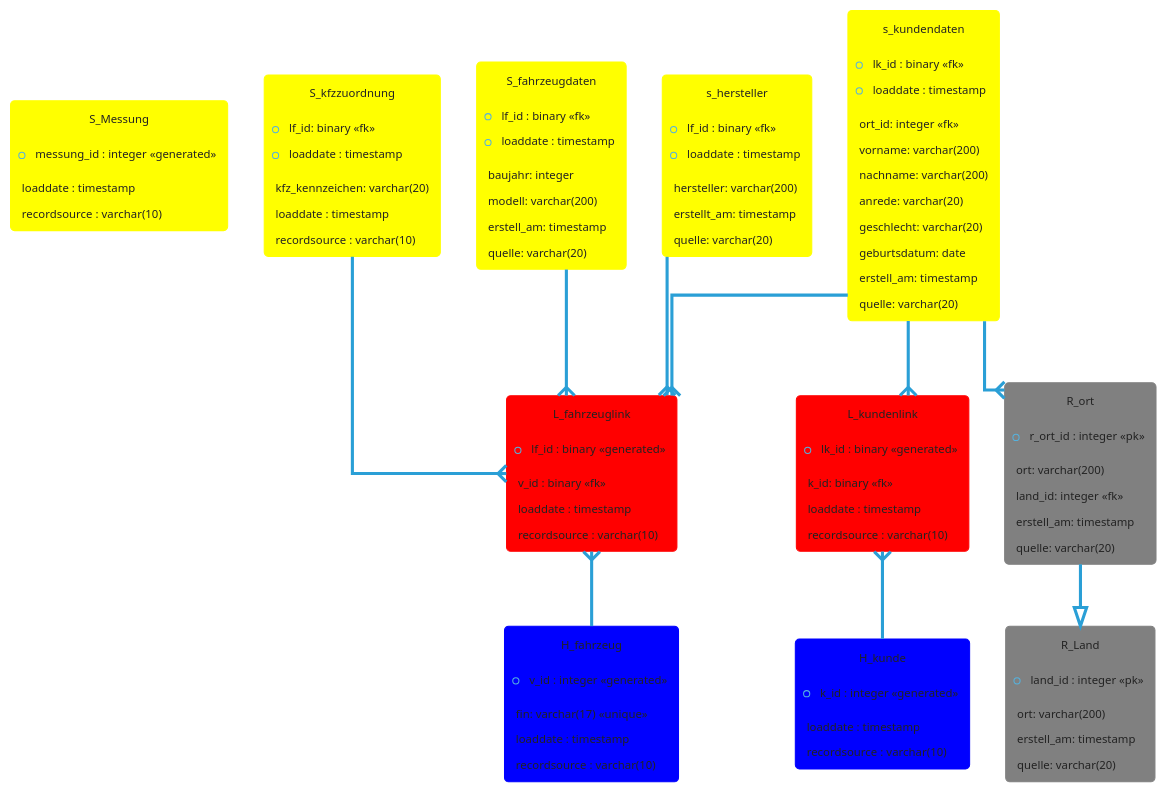
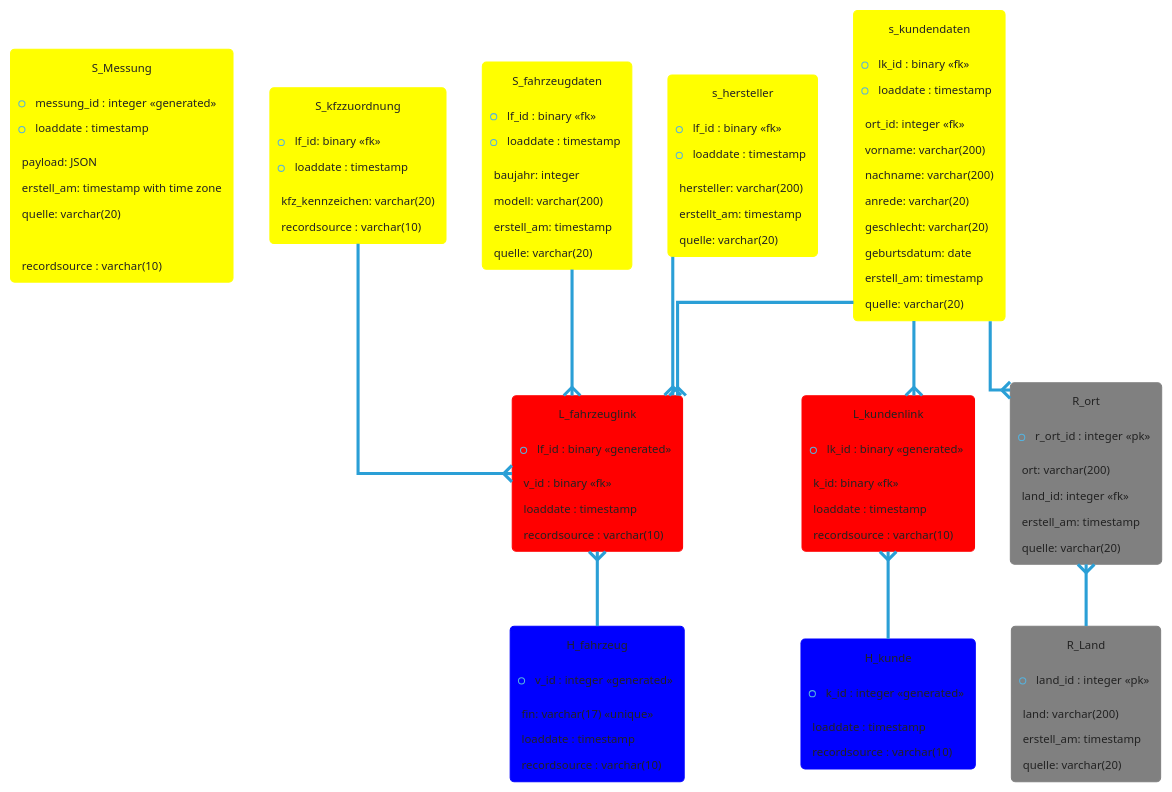
The diagram in relationshipdiagramm.plantuml (FreddyTF/DHW-Jonas-Freddy), drawn with PlantUML before and after one commit. The commit also changed 2 other files, not shown here.

Commit message:
rewrote diagramm

```diff
--- a/relationshipdiagramm.plantuml
+++ b/relationshipdiagramm.plantuml
@@ -1,108 +1,111 @@
 @startuml
 !theme cyborg
 hide circle
 'avoid problems with angled crows feet
 skinparam linetype ortho
 
 entity "S_Messung" as s01 #line:yellow;back:yellow {
 *messung_id : integer <<generated>>
+*loaddate : timestamp
 --
-loaddate : timestamp
+payload: JSON
+erstell_am: timestamp with time zone
+quelle: varchar(20)
+
 recordsource : varchar(10)
 }
 entity "R_Land" as rland #line:gray;back:gray {
 *land_id : integer <<pk>>
 --
-ort: varchar(200) 
+land: varchar(200) 
 erstell_am: timestamp
 quelle: varchar(20)
 }
 
 entity "L_fahrzeuglink" as lfahrzeuglink #line:red;back:red {
 *lf_id : binary <<generated>>
 --
 v_id : binary <<fk>>
 loaddate : timestamp
 recordsource : varchar(10)
 }
 
 entity "S_kfzzuordnung" as skfzzuordnung #line:yellow;back:yellow {
 *lf_id: binary <<fk>>
 *loaddate : timestamp
 --
 kfz_kennzeichen: varchar(20)
-loaddate : timestamp
 recordsource : varchar(10)
 }
 
 entity "L_kundenlink" as lkundenlink #line:red;back:red {
 *lk_id : binary <<generated>>
 --
 k_id: binary <<fk>>
 loaddate : timestamp
 recordsource : varchar(10)
 }
 
 entity "R_ort" as rort #line:gray;back:gray {
 *r_ort_id : integer <<pk>>
 --
 ort: varchar(200)
 land_id: integer <<fk>>
 erstell_am: timestamp
 quelle: varchar(20)
 }
 
 entity "H_fahrzeug" as hfahrzeug #line:blue;back:blue {
 *v_id : integer <<generated>>
 --
 fin: varchar(17) <<unique>>
 loaddate : timestamp
 recordsource : varchar(10)
 }
 entity "S_fahrzeugdaten" as sfahrzeugdaten #line:yellow;back:yellow {
 *lf_id : binary <<fk>> 
 *loaddate : timestamp
 --
 baujahr: integer
 modell: varchar(200)
 erstell_am: timestamp
 quelle: varchar(20)
 }
 entity "H_kunde" as hkunde #line:blue;back:blue {
 *k_id : integer <<generated>>
 --
 loaddate : timestamp
 recordsource : varchar(10)
 }
 entity "s_kundendaten" as skundendaten #line:yellow;back:yellow {
 *lk_id : binary <<fk>>
 *loaddate : timestamp
 --
 ort_id: integer <<fk>>
 vorname: varchar(200)
 nachname: varchar(200)
 anrede: varchar(20)
 geschlecht: varchar(20)
 geburtsdatum: date
 erstell_am: timestamp
 quelle: varchar(20)
 }
 entity "s_hersteller" as shersteller #line:yellow;back:yellow {
 *lf_id : binary <<fk>>
 *loaddate : timestamp
 --
 hersteller: varchar(200)
 erstellt_am: timestamp
 quelle: varchar(20)
 }
 
-rort --|> rland
+rort }-- rland
 skundendaten --{ rort
 shersteller --{ lfahrzeuglink
 lkundenlink }-- hkunde
 skundendaten --{ lfahrzeuglink
 skundendaten --{ lkundenlink
 sfahrzeugdaten --{ lfahrzeuglink
 skfzzuordnung --{ lfahrzeuglink
 lfahrzeuglink }-- hfahrzeug
 @enduml
```
